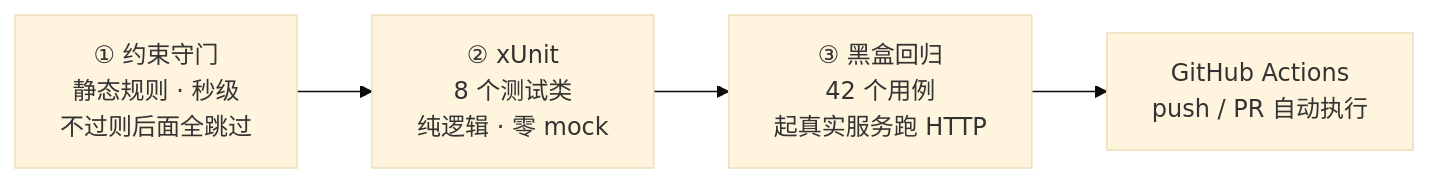
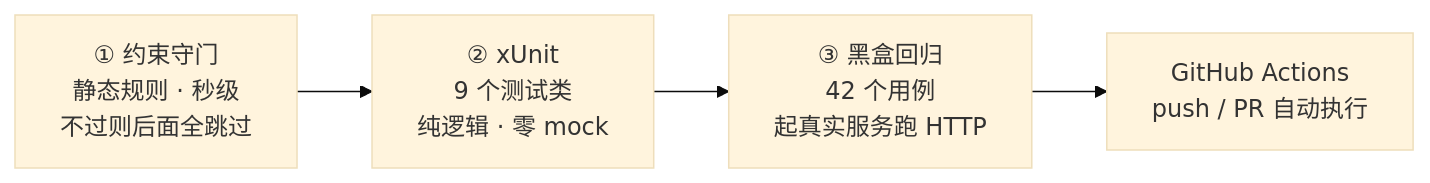
Before and after one commit to zhenghongxuan2005/ExcelToWeb: the second of 2 diagrams in README.md, drawn with Mermaid (base theme). The commit also changed other lines of this file, not shown here.

````diff
--- a/README.md
+++ b/README.md
@@ -164,6 +164,6 @@
 ```mermaid
 flowchart LR
-    A["① 约束守门<br/>静态规则 · 秒级<br/>不过则后面全跳过"] --> B["② xUnit<br/>8 个测试类<br/>纯逻辑 · 零 mock"]
+    A["① 约束守门<br/>静态规则 · 秒级<br/>不过则后面全跳过"] --> B["② xUnit<br/>9 个测试类<br/>纯逻辑 · 零 mock"]
     B --> C["③ 黑盒回归<br/>42 个用例<br/>起真实服务跑 HTTP"]
     C --> D["GitHub Actions<br/>push / PR 自动执行"]
 ```
````
